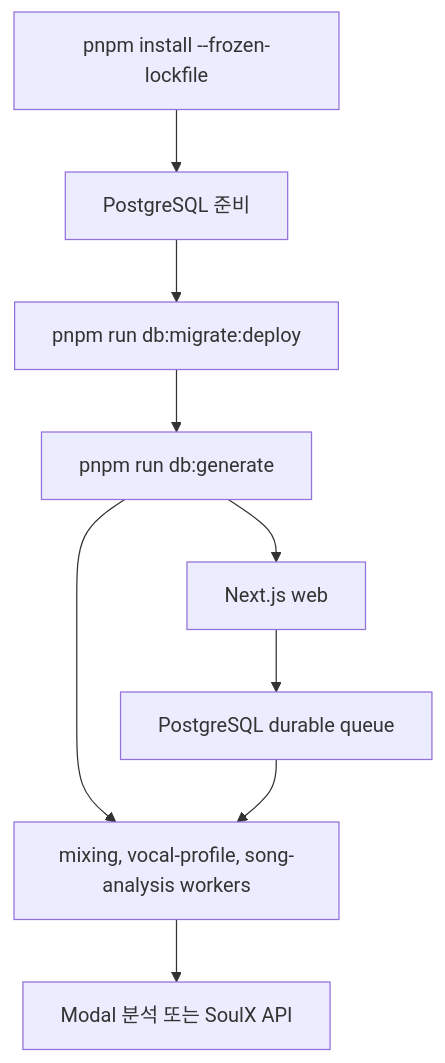
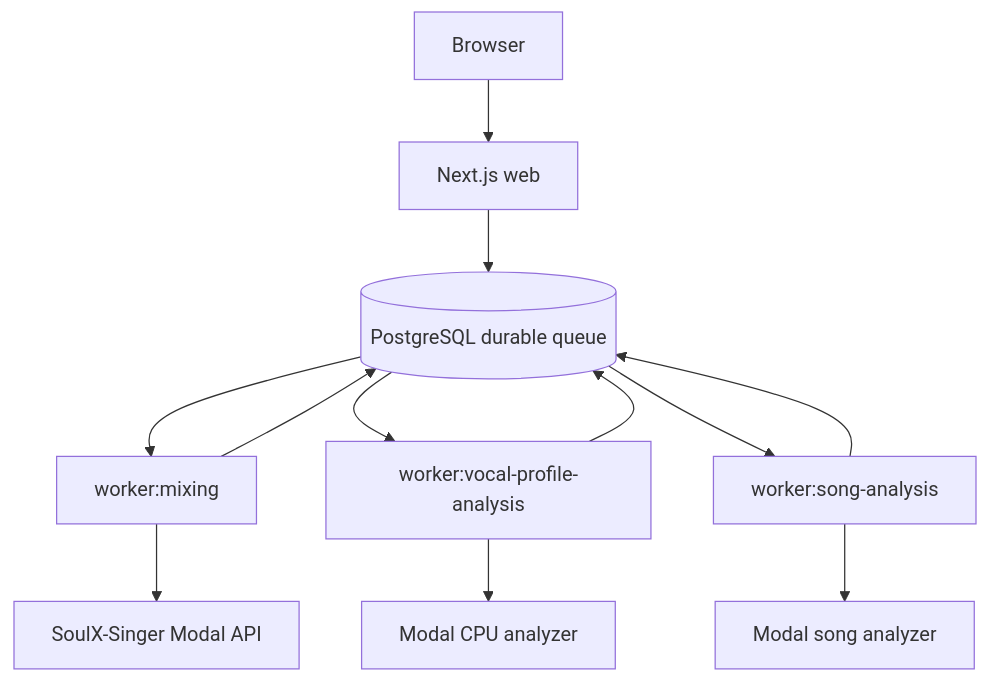
One commit to leey00nsu/copy-singer changed the diagram in openwiki/operations/configuration-and-deployment.md. Above: the diagram before and after it, drawn with Mermaid. The commit also changed other lines of this file and 57 other files, not shown here.

````diff
--- a/openwiki/operations/configuration-and-deployment.md
+++ b/openwiki/operations/configuration-and-deployment.md
@@ -49,11 +126,14 @@
 ```mermaid
 flowchart TD
-    Install["pnpm install --frozen-lockfile"] --> Database["PostgreSQL 준비"]
-    Database --> Migrate["pnpm run db:migrate:deploy"]
-    Migrate --> Generate["pnpm run db:generate"]
-    Generate --> Web["Next.js web"]
-    Generate --> Workers["mixing, vocal-profile, song-analysis workers"]
-    Workers --> Modal["Modal 분석 또는 SoulX API"]
-    Web --> Queue["PostgreSQL durable queue"]
-    Queue --> Workers
+  Browser --> Web[Next.js web]
+  Web --> DB[(PostgreSQL durable queue)]
+  DB --> MW[worker:mixing]
+  DB --> VW[worker:vocal-profile-analysis]
+  DB --> SW[worker:song-analysis]
+  MW --> SoulX[SoulX-Singer Modal API]
+  VW --> Vocal[Modal CPU analyzer]
+  SW --> Songs[Modal song analyzer]
+  MW --> DB
+  VW --> DB
+  SW --> DB
 ```
````
